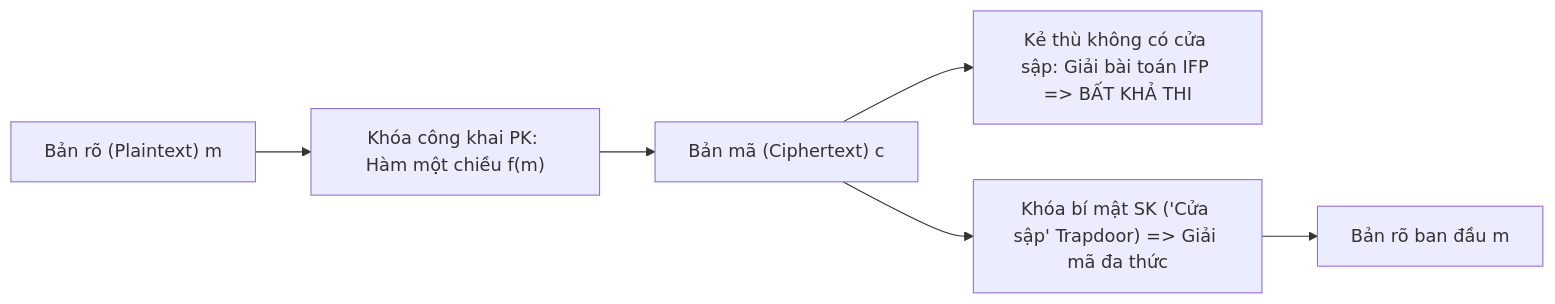
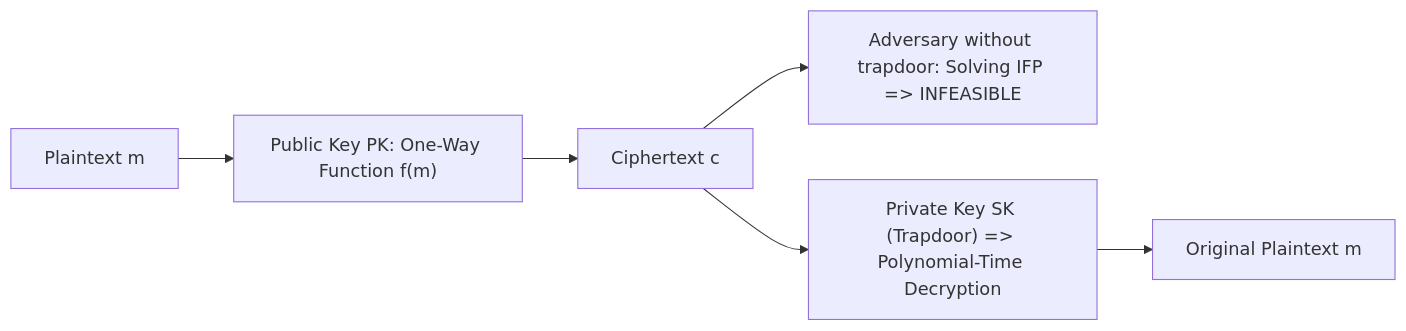
Before and after one commit to thuann2212/IS-TEXT-: the first of 4 diagrams in docs/bao_cao_rsa.md, drawn with Mermaid. The commit also changed other lines of this file and 5 other files, not shown here.

````diff
--- a/docs/bao_cao_rsa.md
+++ b/docs/bao_cao_rsa.md
@@ -26,8 +26,8 @@
 ```mermaid
 flowchart LR
-    A["Bản rõ (Plaintext) m"] --> B["Khóa công khai PK: Hàm một chiều f(m)"]
-    B --> C["Bản mã (Ciphertext) c"]
-    C --> D["Kẻ thù không có cửa sập: Giải bài toán IFP => BẤT KHẢ THI"]
-    C --> E["Khóa bí mật SK ('Cửa sập' Trapdoor) => Giải mã đa thức"]
-    E --> F["Bản rõ ban đầu m"]
+    A["Plaintext m"] --> B["Public Key PK: One-Way Function f(m)"]
+    B --> C["Ciphertext c"]
+    C --> D["Adversary without trapdoor: Solving IFP => INFEASIBLE"]
+    C --> E["Private Key SK (Trapdoor) => Polynomial-Time Decryption"]
+    E --> F["Original Plaintext m"]
 ```
````
